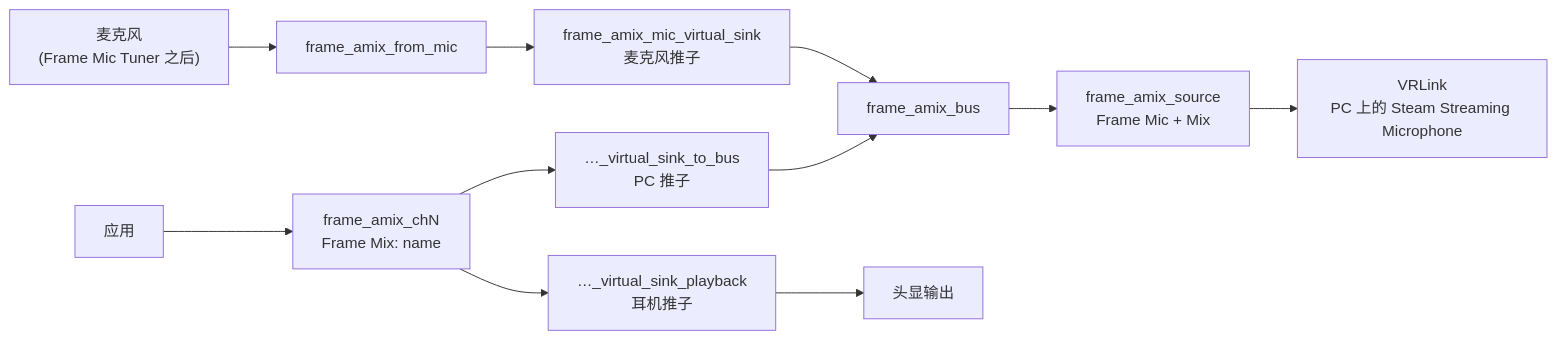
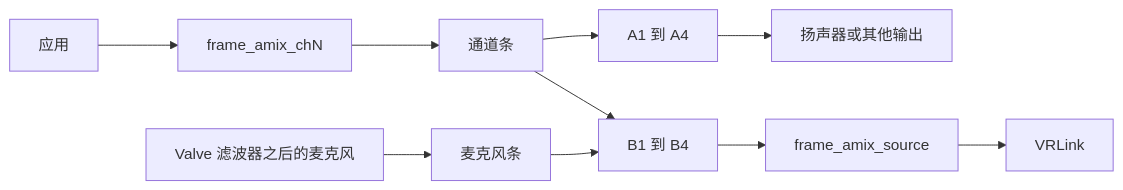
One commit to marcus-universe/frame-audio-mixer changed the diagram in docs/how-it-works.sc.md. Above: the diagram before and after it, drawn with Mermaid. The commit also changed other lines of this file and 47 other files, not shown here.

````diff
--- a/docs/how-it-works.sc.md
+++ b/docs/how-it-works.sc.md
@@ -7,11 +7,12 @@
 ```mermaid
 flowchart LR
-    mic["麦克风<br/>(Frame Mic Tuner 之后)"] --> from_mic[frame_amix_from_mic]
-    from_mic --> mic_fader["frame_amix_mic_virtual_sink<br/>麦克风推子"]
-    mic_fader --> bus[frame_amix_bus]
-    app["应用"] --> sink["frame_amix_chN<br/>Frame Mix: name"]
-    sink --> phones["…_virtual_sink_playback<br/>耳机推子"] --> out["头显输出"]
-    sink --> to_bus["…_virtual_sink_to_bus<br/>PC 推子"] --> bus
-    bus --> source["frame_amix_source<br/>Frame Mic + Mix"]
-    source --> vrlink["VRLink<br/>PC 上的 Steam Streaming Microphone"]
+  appA[应用] --> chSink["frame_amix_chN"]
+  micSrc["Valve 滤波器之后的麦克风"] --> micStrip["麦克风条"]
+  chSink --> chStrip["通道条"]
+  chStrip --> busA["A1 到 A4"]
+  chStrip --> busB["B1 到 B4"]
+  micStrip --> busB
+  busA --> speakers["扬声器或其他输出"]
+  busB --> frameMix["frame_amix_source"]
+  frameMix --> vrlink["VRLink"]
 ```
````
